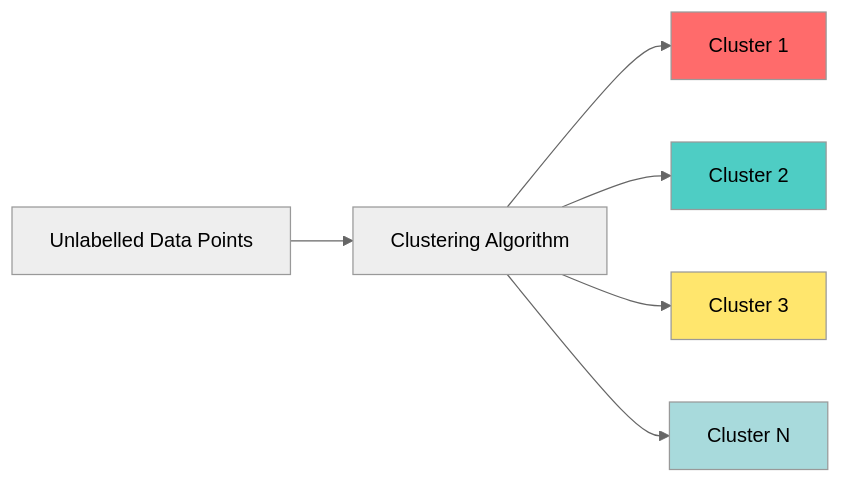
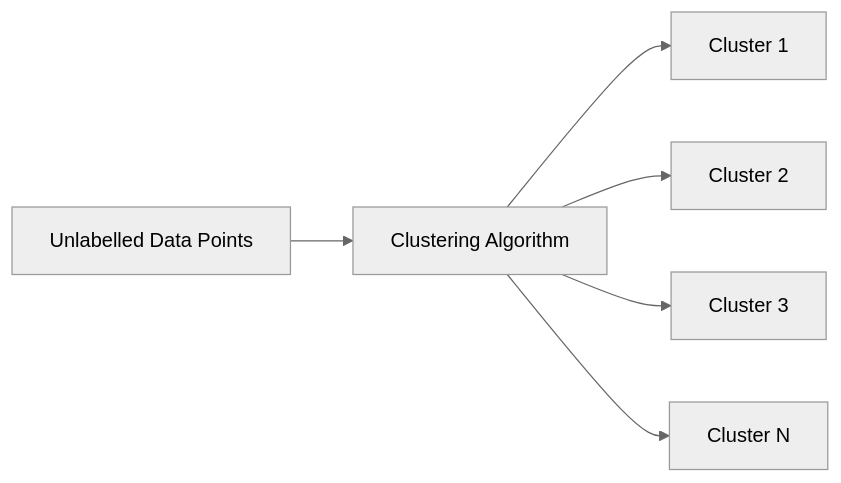
One commit to Swayam42/CollegeHub changed the second of 4 diagrams in 6th-SEM/ML-2/ClassWorks/Ch-09_UnsupervisedLearning/Notes.md. Above: the diagram before and after it, drawn with Mermaid (neutral theme). The commit also changed other lines of this file, not shown here.

````diff
--- a/6th-SEM/ML-2/ClassWorks/Ch-09_UnsupervisedLearning/Notes.md
+++ b/6th-SEM/ML-2/ClassWorks/Ch-09_UnsupervisedLearning/Notes.md
@@ -67,13 +67,9 @@
 ```mermaid
 flowchart LR
     A[Unlabelled Data Points] --> B[Clustering Algorithm]
     B --> C1[Cluster 1]
     B --> C2[Cluster 2]
     B --> C3[Cluster 3]
     B --> C4[Cluster N]
     
-    style C1 fill:#ff6b6b
-    style C2 fill:#4ecdc4
-    style C3 fill:#ffe66d
-    style C4 fill:#a8dadc
 ```
````
